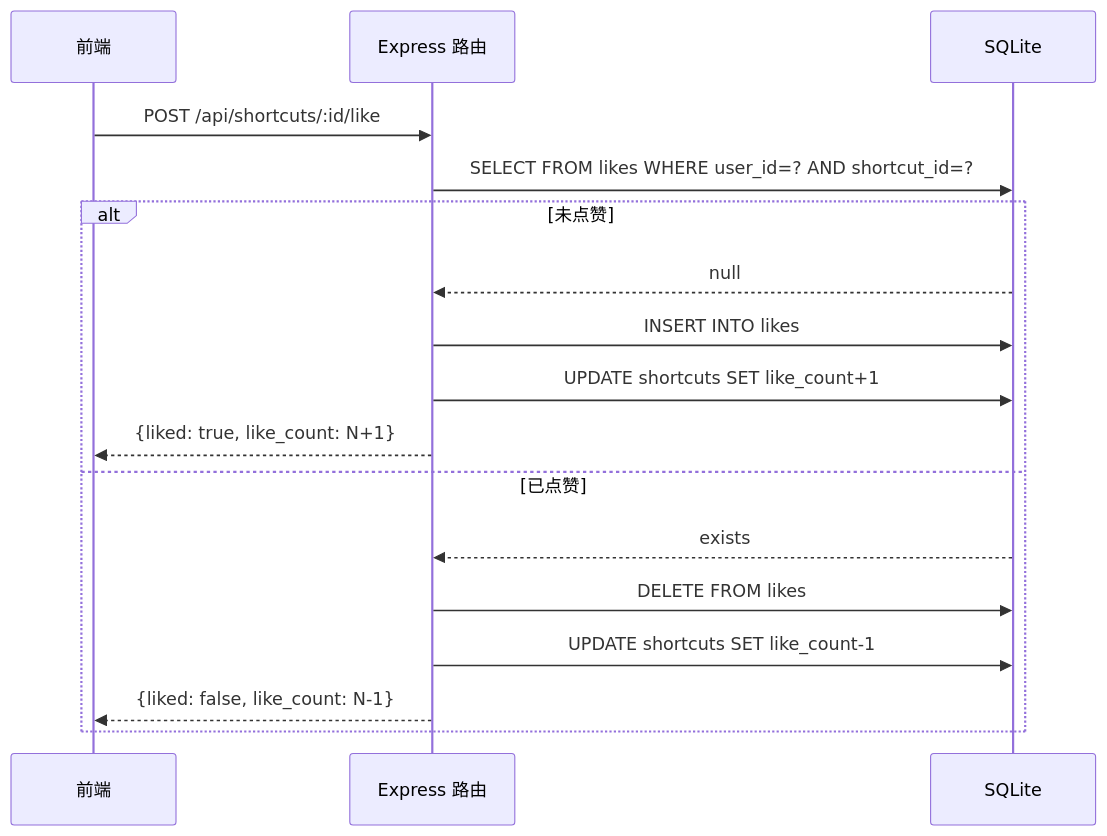
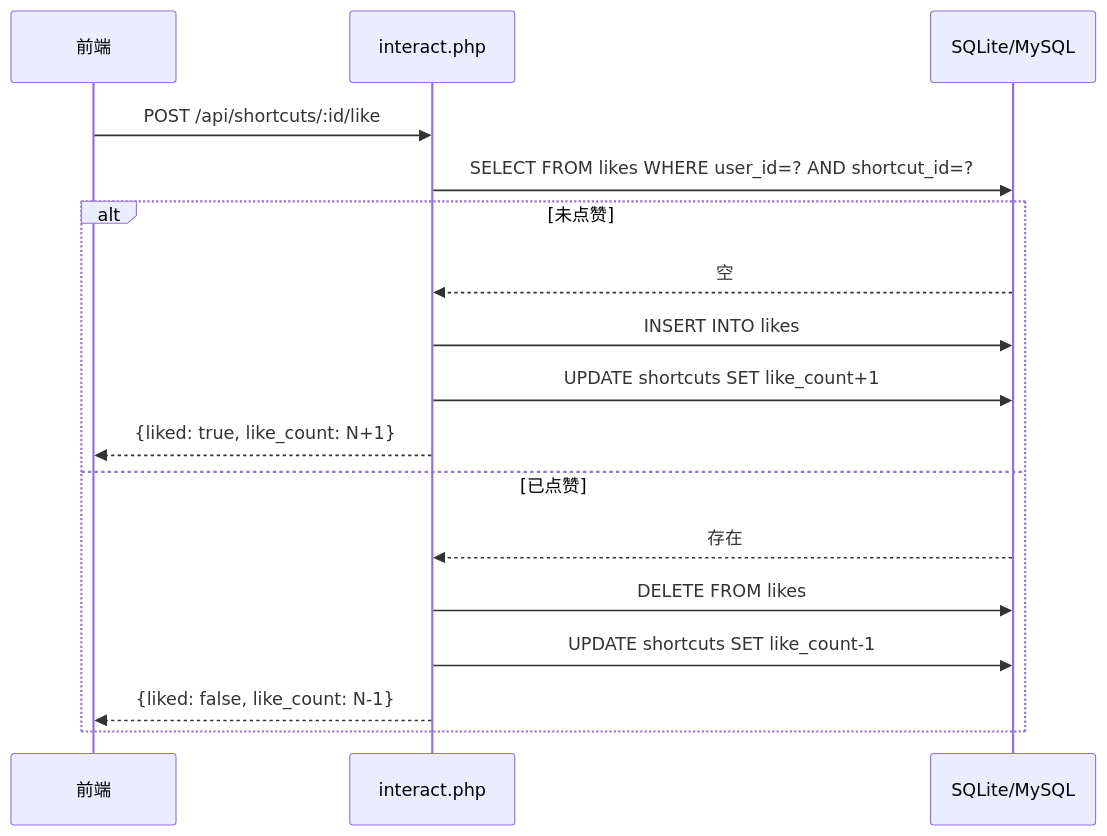
One commit to muzikeji/shortcut changed the fourth of 4 diagrams in .monkeycode/docs/ARCHITECTURE.md. Above: the diagram before and after it, drawn with Mermaid. The commit also changed other lines of this file and 14 other files, not shown here.

````diff
--- a/.monkeycode/docs/ARCHITECTURE.md
+++ b/.monkeycode/docs/ARCHITECTURE.md
@@ -228,20 +294,20 @@
 ```mermaid
 sequenceDiagram
     participant Client as 前端
-    participant API as Express 路由
-    participant DB as SQLite
+    participant API as interact.php
+    participant DB as SQLite/MySQL
 
     Client->>API: POST /api/shortcuts/:id/like
     API->>DB: SELECT FROM likes WHERE user_id=? AND shortcut_id=?
     alt 未点赞
-        DB-->>API: null
+        DB-->>API: 空
         API->>DB: INSERT INTO likes
         API->>DB: UPDATE shortcuts SET like_count+1
         API-->>Client: {liked: true, like_count: N+1}
     else 已点赞
-        DB-->>API: exists
+        DB-->>API: 存在
         API->>DB: DELETE FROM likes
         API->>DB: UPDATE shortcuts SET like_count-1
         API-->>Client: {liked: false, like_count: N-1}
     end
 ```
````
